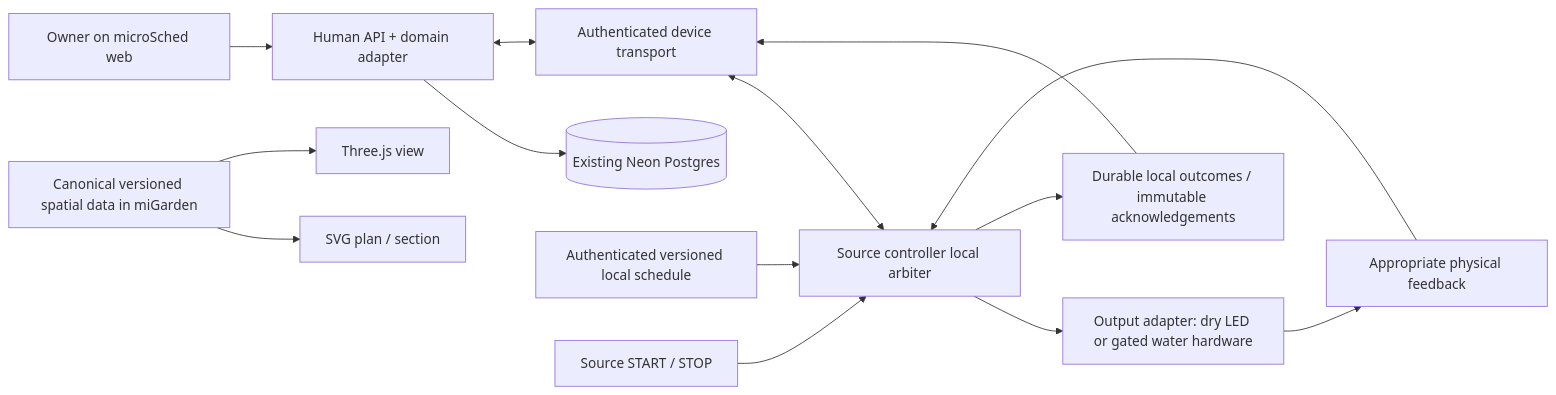
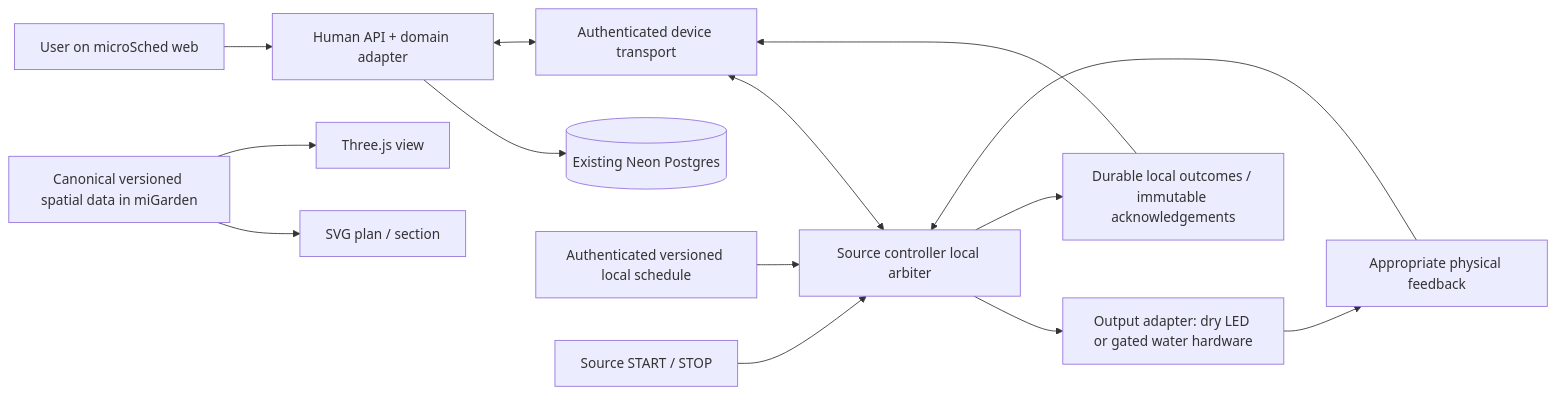
Before and after one commit to NguyenHaiHung0510/miGarden: the diagram in docs/architecture.md, drawn with Mermaid. The commit also changed other lines of this file and 12 other files, not shown here.

````diff
--- a/docs/architecture.md
+++ b/docs/architecture.md
@@ -5,16 +5,16 @@
 ```mermaid
 flowchart LR
-  H[Owner on microSched web] --> API[Human API + domain adapter]
+  H[User on microSched web] --> API[Human API + domain adapter]
   API --> DB[(Existing Neon Postgres)]
   API <--> DEV[Authenticated device transport]
   DEV <--> A[Source controller local arbiter]
   S[Authenticated versioned local schedule] --> A
   B[Source START / STOP] --> A
   A --> O[Output adapter: dry LED or gated water hardware]
   O --> F[Appropriate physical feedback]
   F --> A
   A --> E[Durable local outcomes / immutable acknowledgements]
   E --> DEV
   M[Canonical versioned spatial data in miGarden] --> SVG[SVG plan / section]
   M --> THREE[Three.js view]
 ```
````
